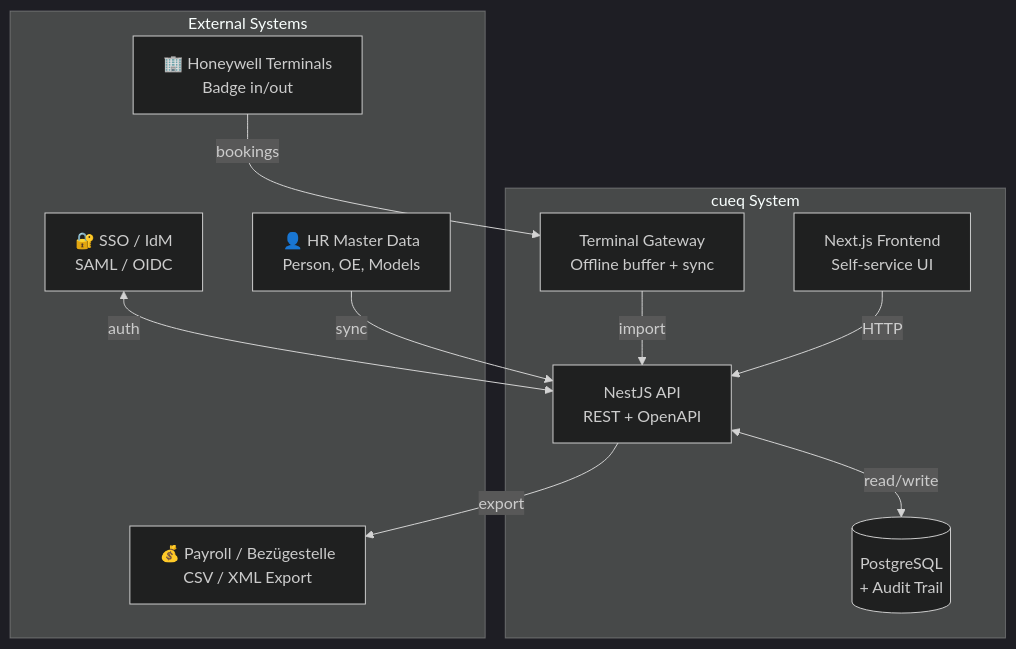
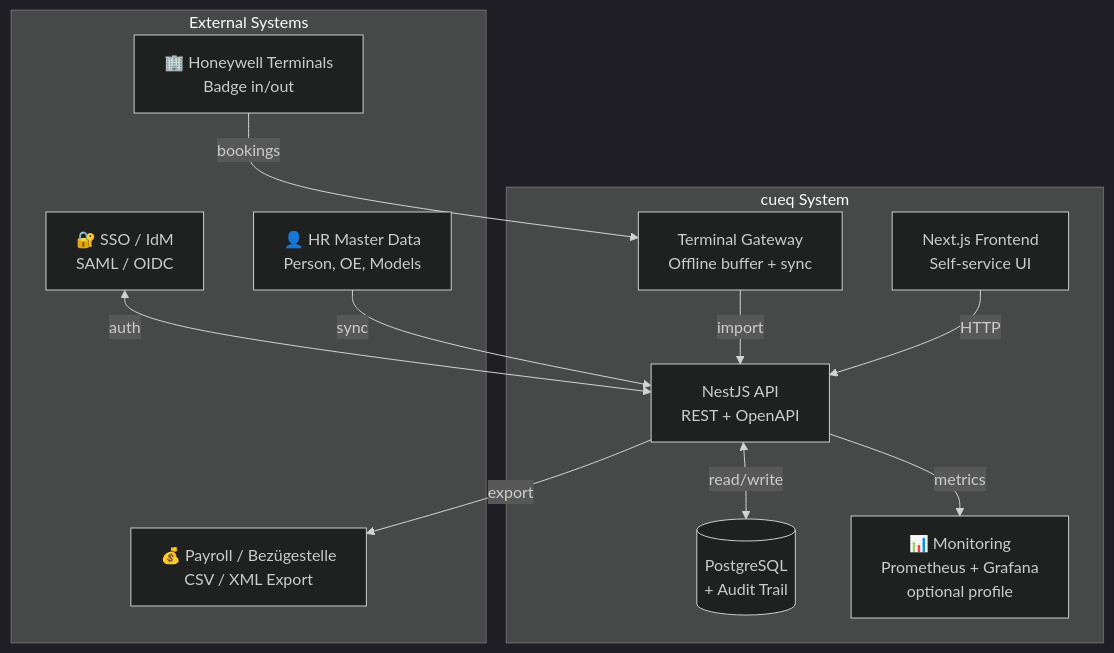
One commit to sebastianspicker/cueq changed the first of 6 diagrams in README.md. Above: the diagram before and after it, drawn with Mermaid (dark theme). The commit also changed other lines of this file and 165 other files, not shown here.

````diff
--- a/README.md
+++ b/README.md
@@ -56,24 +56,26 @@
 ```mermaid
 graph TB
     subgraph External Systems
         HW[🏢 Honeywell Terminals<br/>Badge in/out]
         IDP[🔐 SSO / IdM<br/>SAML / OIDC]
         HR[👤 HR Master Data<br/>Person, OE, Models]
         PAY[💰 Payroll / Bezügestelle<br/>CSV / XML Export]
     end
 
     subgraph cueq System
         GW[Terminal Gateway<br/>Offline buffer + sync]
         API[NestJS API<br/>REST + OpenAPI]
         WEB[Next.js Frontend<br/>Self-service UI]
         DB[(PostgreSQL<br/>+ Audit Trail)]
+        MON[📊 Monitoring<br/>Prometheus + Grafana<br/>optional profile]
     end
 
     HW -->|bookings| GW
     GW -->|import| API
     WEB -->|HTTP| API
     IDP <-->|auth| API
     HR -->|sync| API
     API -->|export| PAY
     API <-->|read/write| DB
+    API -->|metrics| MON
 ```
````
